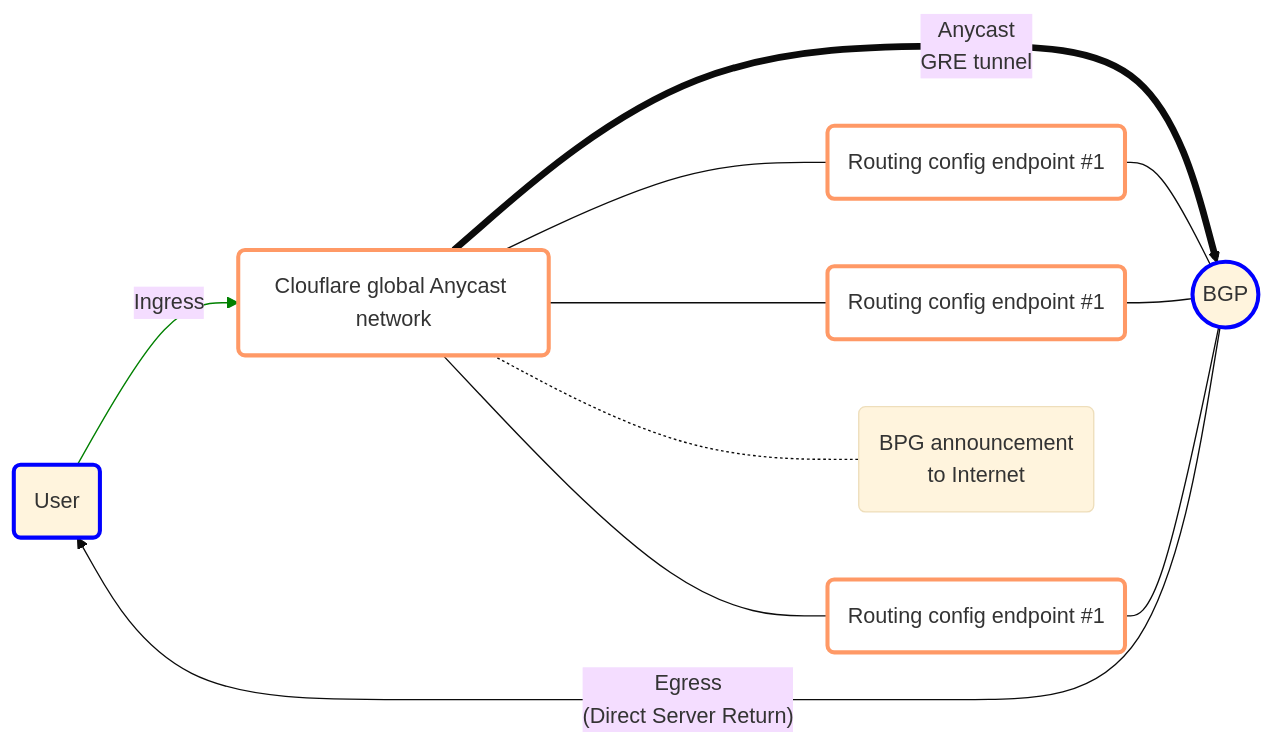
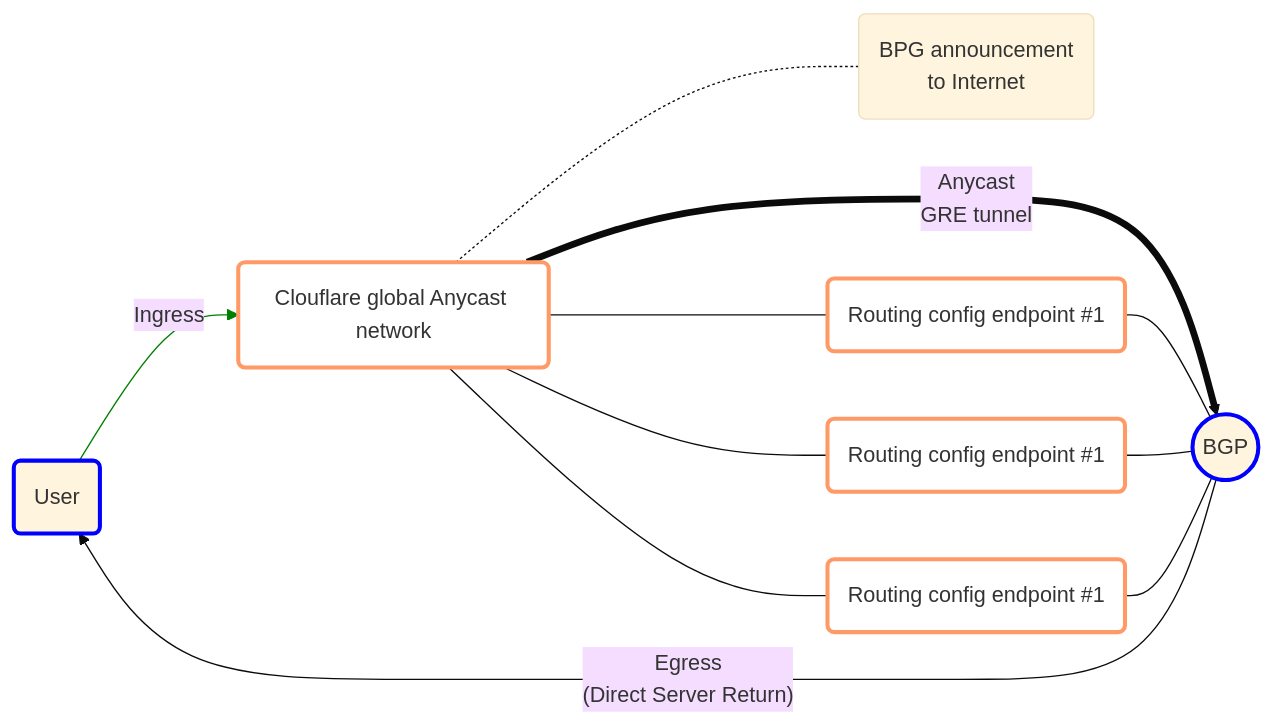
The diagram in content/magic-transit/how-to/advertise-prefixes.md (cloudflare/cloudflare-docs), drawn with Mermaid (base theme) before and after one commit. The commit also changed other lines of this file, not shown here.

````diff
--- a/content/magic-transit/how-to/advertise-prefixes.md
+++ b/content/magic-transit/how-to/advertise-prefixes.md
@@ -78,18 +78,18 @@
 ```mermaid
 flowchart LR
 accTitle: Border Gateway Control advertisements
 accDescr: Use BGP to control the status of your prefix.
 
 a(User)-- Ingress -->b(Clouflare global Anycast network) == Anycast <br> GRE tunnel ==> c((BGP))
+b(Clouflare global Anycast network)-.-z(BPG announcement <br> to Internet)
 b(Clouflare global Anycast network) --- d("Routing config endpoint #1") & e("Routing config endpoint #1") & f("Routing config endpoint #1") --- c((BGP))
 c((BGP))-- "Egress <br> (Direct Server Return)" -->a(User)
-b(Clouflare global Anycast network)-.-z(BPG announcement <br> to Internet)
 
 classDef orangestroke fill:white,stroke:#f96,stroke-width:3px
 classDef blue stroke:blue,stroke-width:3px
 linkStyle 0 stroke:green
 linkStyle 1 stroke-width:5px
 class d,e,f orangestroke
 class a,c blue
 class b orangestroke
 ```
````
